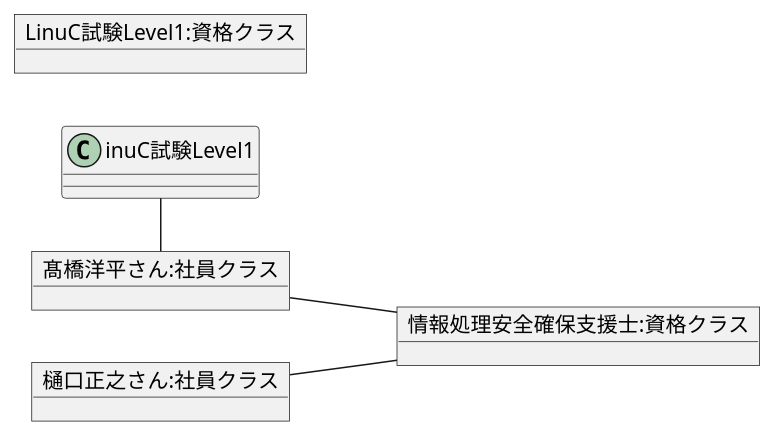
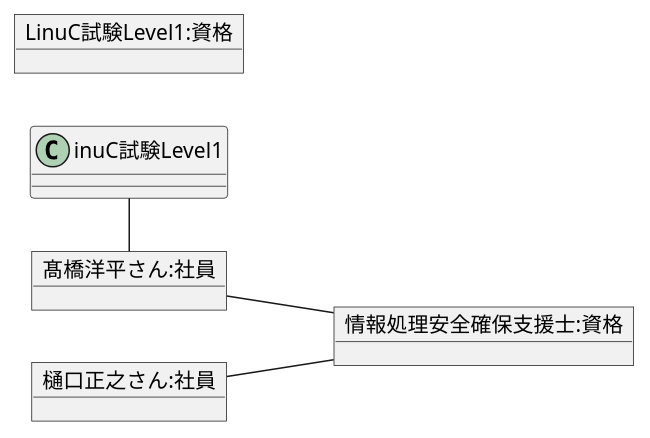
Before and after one commit to kikuchitokumasa/uml-introduction: the diagram in 演習3-6_OBJ_注文のオブジェクト図.pu, drawn with PlantUML.

Commit message:
演習3-6

```diff
--- a/演習3-6_OBJ_注文のオブジェクト図.pu
+++ b/演習3-6_OBJ_注文のオブジェクト図.pu
@@ -1,19 +1,19 @@
 @startuml 
 left to right direction
-object "髙橋洋平さん:社員クラス" as 髙橋洋平{
+object "髙橋洋平さん:社員" as 髙橋洋平{
 
 }
-object "樋口正之さん:社員クラス" as 樋口正之{
+object "樋口正之さん:社員" as 樋口正之{
     
 }
-object "情報処理安全確保支援士:資格クラス" as 情報処理安全確保支援士{
+object "情報処理安全確保支援士:資格" as 情報処理安全確保支援士{
 
 }
-object "LinuC試験Level1:資格クラス" as LinuC試験Level1{
+object "LinuC試験Level1:資格" as LinuC試験Level1{
 
 }
 髙橋洋平--情報処理安全確保支援士
 髙橋洋平--LinuC試験Level1
 樋口正之--情報処理安全確保支援士
 
 @enduml
```
